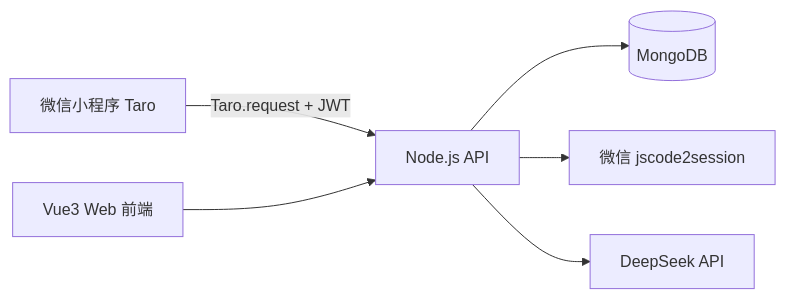
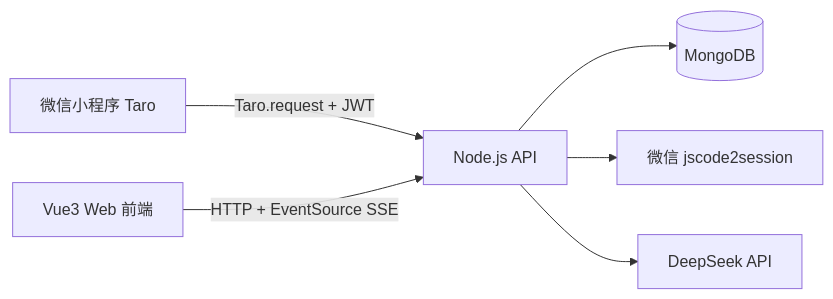
One commit to forgetallthing/IB changed the second of 2 diagrams in docs/SPEC.md. Above: the diagram before and after it, drawn with Mermaid. The commit also changed other lines of this file and 3 other files, not shown here.

````diff
--- a/docs/SPEC.md
+++ b/docs/SPEC.md
@@ -684,8 +702,8 @@
 ```mermaid
 flowchart LR
   MP[微信小程序 Taro] -->|Taro.request + JWT| Api[Node.js API]
-  Web[Vue3 Web 前端] --> Api
+  Web[Vue3 Web 前端] -->|HTTP + EventSource SSE| Api
   Api --> Mongo[(MongoDB)]
   Api --> WX[微信 jscode2session]
   Api --> AI[DeepSeek API]
 ```
````
